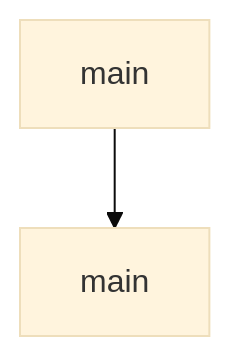
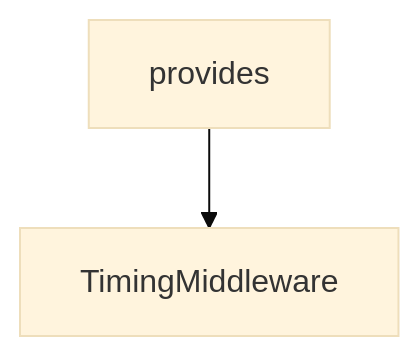
One commit to johnxie/awesome-code-docs changed the diagram in tutorials/mcp-use-tutorial/03-agent-configuration-tool-governance-and-memory.md. Above: the diagram before and after it, drawn with Mermaid (base theme). The commit also changed other lines of this file and 1232 other files, not shown here.

````diff
--- a/tutorials/mcp-use-tutorial/03-agent-configuration-tool-governance-and-memory.md
+++ b/tutorials/mcp-use-tutorial/03-agent-configuration-tool-governance-and-memory.md
@@ -131,6 +129,6 @@
 ```mermaid
 flowchart TD
-    A[main]
-    B[main]
+    A[provides]
+    B[TimingMiddleware]
     A --> B
 ```
````
